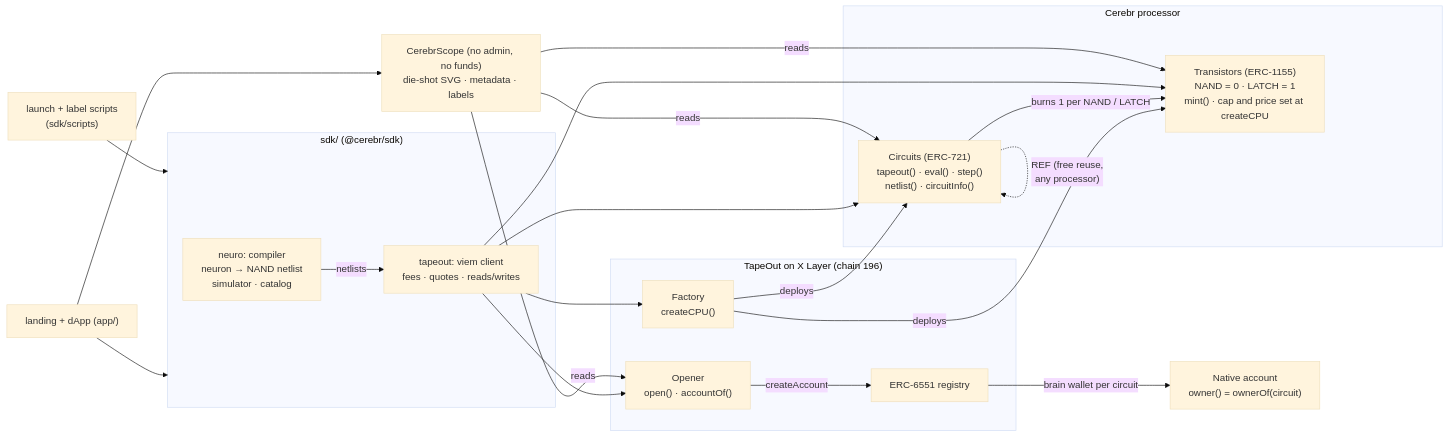
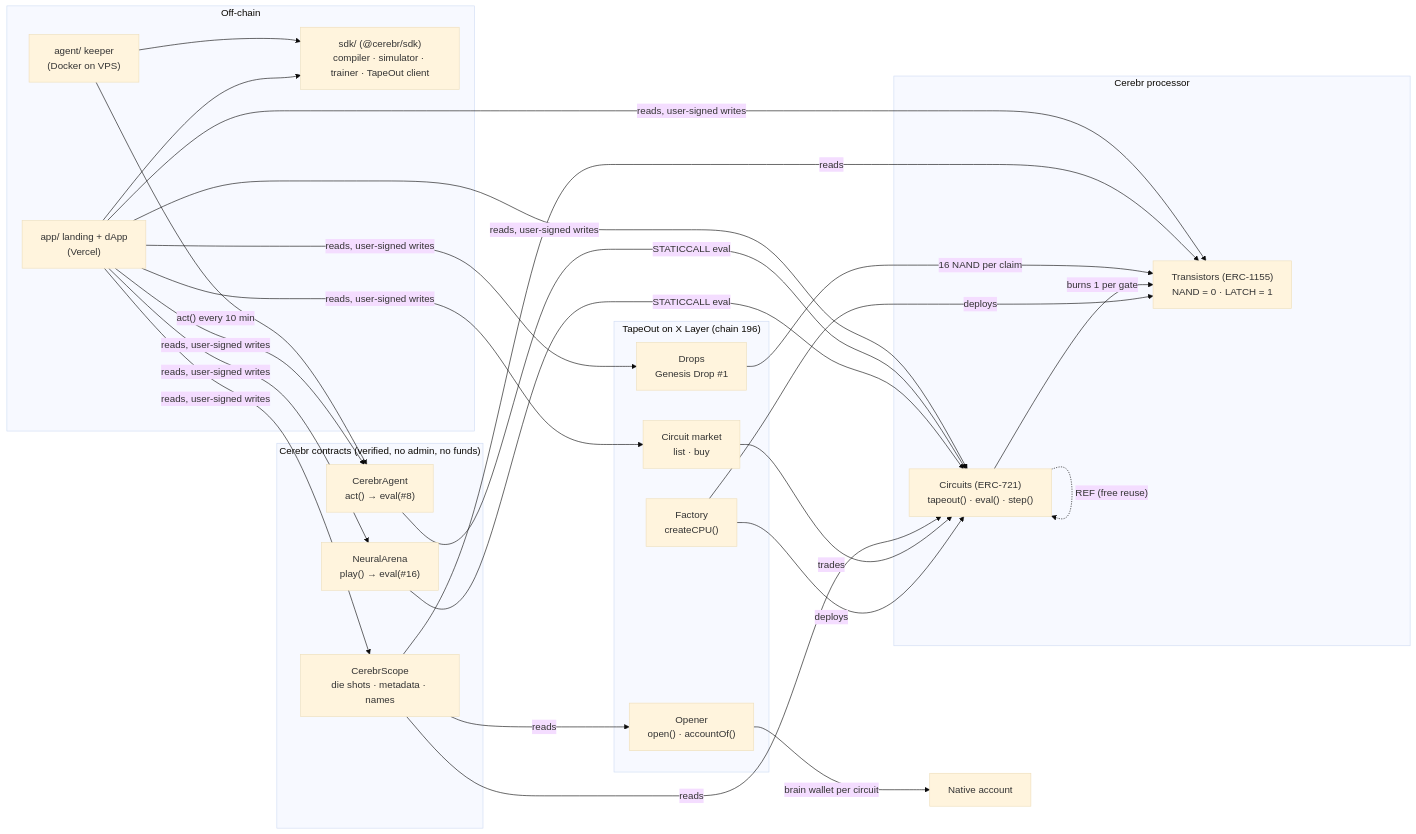
The third of 3 diagrams in README.md (NetLayerLabs/Cerebr), drawn with Mermaid (base theme) before and after one commit. The commit also changed other lines of this file and 9 other files, not shown here.

First line of the commit message:
docs(readme): full rewrite for judges, with the agent architecture and fresh mainnet screenshots

````diff
--- a/README.md
+++ b/README.md
@@ -198,28 +327,38 @@
 ```mermaid
 flowchart LR
     subgraph TO ["TapeOut on X Layer (chain 196)"]
       F["Factory<br/>createCPU()"]
       OP["Opener<br/>open() · accountOf()"]
-      REG["ERC-6551 registry"]
+      DR["Drops<br/>Genesis Drop #1"]
+      MK["Circuit market<br/>list · buy"]
     end
     subgraph CPU ["Cerebr processor"]
-      T["Transistors (ERC-1155)<br/>NAND = 0 · LATCH = 1<br/>mint() · cap and price set at createCPU"]
-      C["Circuits (ERC-721)<br/>tapeout() · eval() · step()<br/>netlist() · circuitInfo()"]
+      T["Transistors (ERC-1155)<br/>NAND = 0 · LATCH = 1"]
+      C["Circuits (ERC-721)<br/>tapeout() · eval() · step()"]
     end
     F -- "deploys" --> T & C
-    C -- "burns 1 per NAND / LATCH" --> T
-    C -. "REF (free reuse,<br/>any processor)" .-> C
-    OP -- "createAccount" --> REG
-    REG -- "brain wallet per circuit" --> ACC["Native account<br/>owner() = ownerOf(circuit)"]
+    C -- "burns 1 per gate" --> T
+    C -. "REF (free reuse)" .-> C
+    OP -- "brain wallet per circuit" --> ACC["Native account"]
+    DR -- "16 NAND per claim" --> T
+    MK -- "trades" --> C
 
-    subgraph SDK ["sdk/ (@cerebr/sdk)"]
-      N["neuro: compiler<br/>neuron → NAND netlist<br/>simulator · catalog"]
-      TC["tapeout: viem client<br/>fees · quotes · reads/writes"]
+    subgraph OURS ["Cerebr contracts (verified, no admin, no funds)"]
+      S["CerebrScope<br/>die shots · metadata · names"]
+      AR["NeuralArena<br/>play() → eval(#16)"]
+      AG["CerebrAgent<br/>act() → eval(#8)"]
     end
-    N -- "netlists" --> TC
-    TC --> F & T & C & OP
-    S["CerebrScope (no admin, no funds)<br/>die-shot SVG · metadata · labels"] -- "reads" --> C & T & OP
-    APP["landing + dApp (app/)"] --> SDK
-    APP --> S
-    L["launch + label scripts<br/>(sdk/scripts)"] --> SDK
+    S -- "reads" --> C & T & OP
+    AR -- "STATICCALL eval" --> C
+    AG -- "STATICCALL eval" --> C
+
+    subgraph OFF ["Off-chain"]
+      SDK["sdk/ (@cerebr/sdk)<br/>compiler · simulator · trainer · TapeOut client"]
+      APP["app/ landing + dApp<br/>(Vercel)"]
+      KEEP["agent/ keeper<br/>(Docker on VPS)"]
+    end
+    APP --> SDK
+    KEEP --> SDK
+    APP -- "reads, user-signed writes" --> C & T & S & AR & AG & DR & MK
+    KEEP -- "act() every 10 min" --> AG
 ```
````
